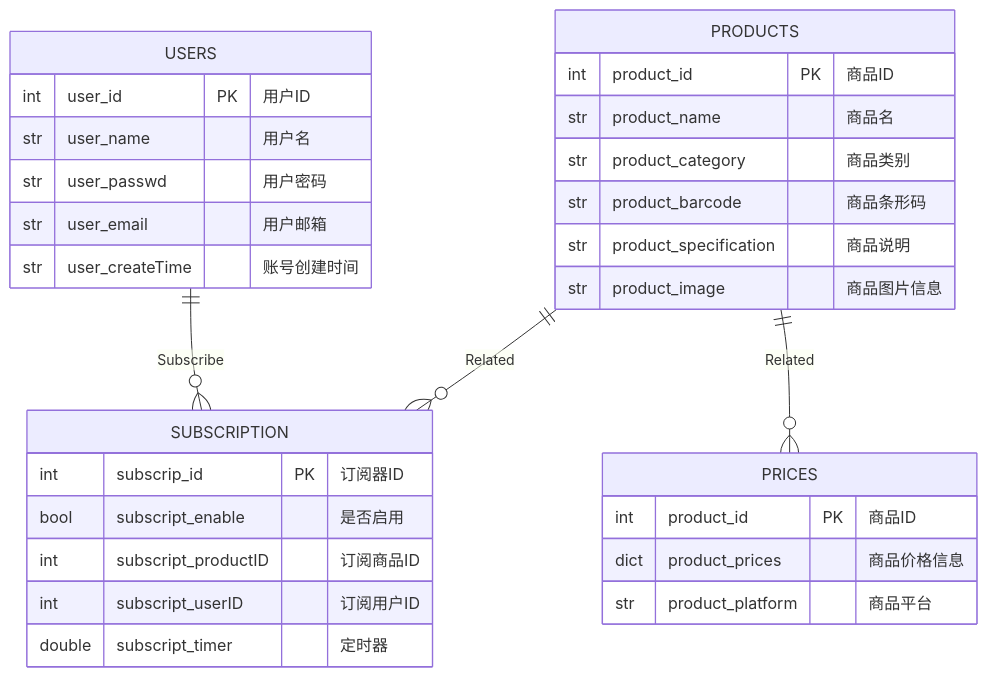
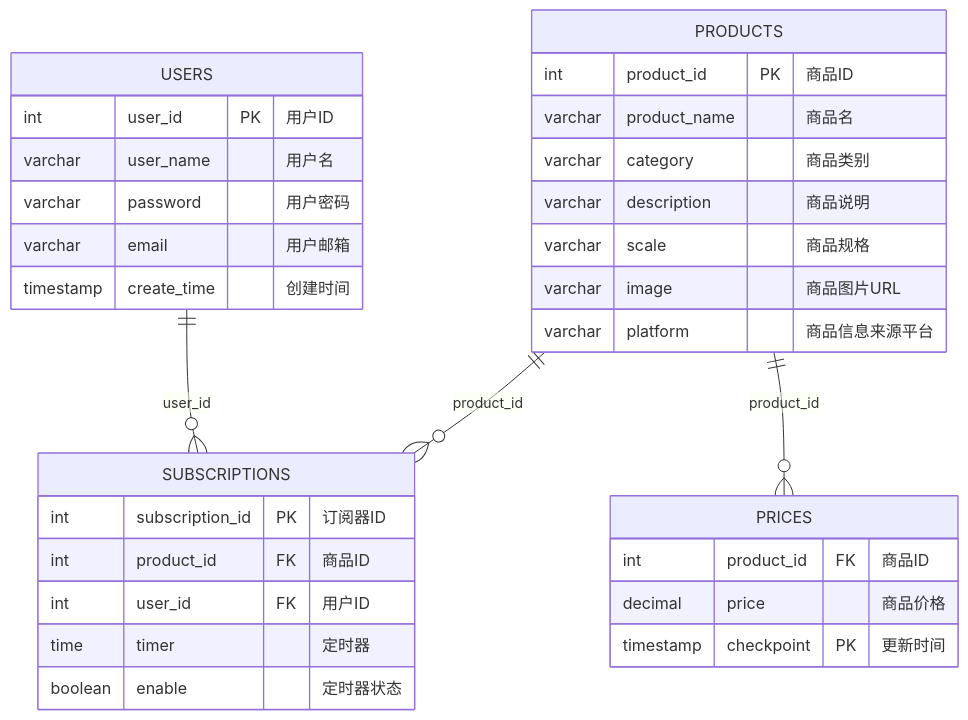
One commit to lEEExp3rt/ZJU-BS-SYSTEM-PROJECT changed the second of 2 diagrams in docs/Design.md. Above: the diagram before and after it, drawn with Mermaid. The commit also changed other lines of this file and 6 other files, not shown here.

````diff
--- a/docs/Design.md
+++ b/docs/Design.md
@@ -182,38 +185,40 @@
 ```mermaid
 erDiagram
     USERS {
         int user_id PK "用户ID"
-        str user_name "用户名"
-        str user_passwd "用户密码"
-        str user_email "用户邮箱"
-        str user_createTime "账号创建时间"
+        varchar user_name "用户名"
+        varchar password "用户密码"
+        varchar email "用户邮箱"
+        timestamp create_time "创建时间"
     }
 
     PRODUCTS {
         int product_id PK "商品ID"
-        str product_name "商品名"
-        str product_category "商品类别"
-        str product_barcode "商品条形码"
-        str product_specification "商品说明"
-        str product_image "商品图片信息"
+        varchar product_name "商品名"
+        varchar category "商品类别"
+        varchar description "商品说明"
+        varchar scale "商品规格"
+        varchar image "商品图片URL"
+        varchar platform "商品信息来源平台"
     }
 
     PRICES {
-        int product_id PK "商品ID"
-        dict product_prices "商品价格信息"
-        str product_platform "商品平台"
+        int product_id FK "商品ID"
+        decimal price "商品价格"
+        timestamp checkpoint PK "更新时间"
     }
 
-    SUBSCRIPTION {
-        int subscrip_id PK "订阅器ID"
-        bool subscript_enable "是否启用"
-        int subscript_productID "订阅商品ID"
-        int subscript_userID "订阅用户ID"
-        double subscript_timer "定时器"
+    SUBSCRIPTIONS {
+        int subscription_id PK "订阅器ID"
+        int product_id FK "商品ID"
+        int user_id FK "用户ID"
+        time timer "定时器"
+        boolean enable "定时器状态"
     }
 
-    USERS ||--o{ SUBSCRIPTION : Subscribe
-    PRODUCTS ||--o{ PRICES : Related
-    PRODUCTS ||--o{ SUBSCRIPTION : Related
+    %% 定义关系
+    USERS ||--o{ SUBSCRIPTIONS : "user_id"
+    PRODUCTS ||--o{ SUBSCRIPTIONS : "product_id"
+    PRODUCTS ||--o{ PRICES : "product_id"
 
 ```
````
